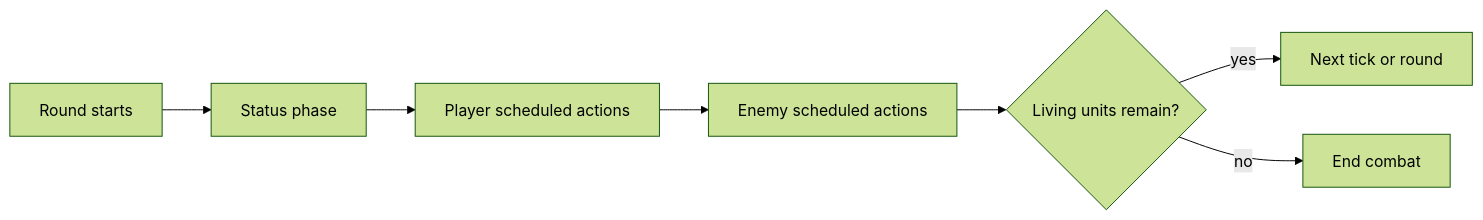
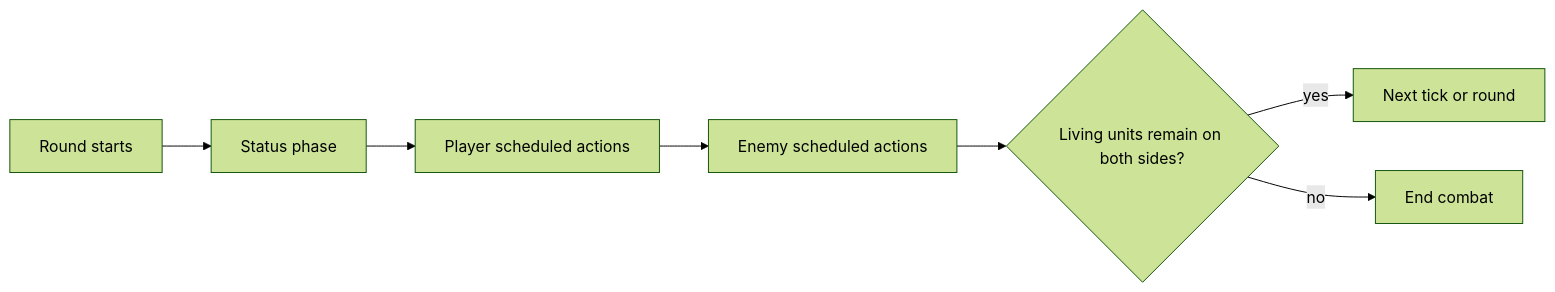
Before and after one commit to NickGrant/DiceGoblin: the third of 3 diagrams in documentation/02-systems/combat-resolution.md, drawn with Mermaid (forest theme). The commit also changed other lines of this file, not shown here.

````diff
--- a/documentation/02-systems/combat-resolution.md
+++ b/documentation/02-systems/combat-resolution.md
@@ -103,9 +100,9 @@
 ```mermaid
 flowchart LR
   A[Round starts] --> B[Status phase]
   B --> C[Player scheduled actions]
   C --> D[Enemy scheduled actions]
-  D --> E{Living units remain?}
+  D --> E{Living units remain on both sides?}
   E -- yes --> F[Next tick or round]
   E -- no --> G[End combat]
 ```
````
